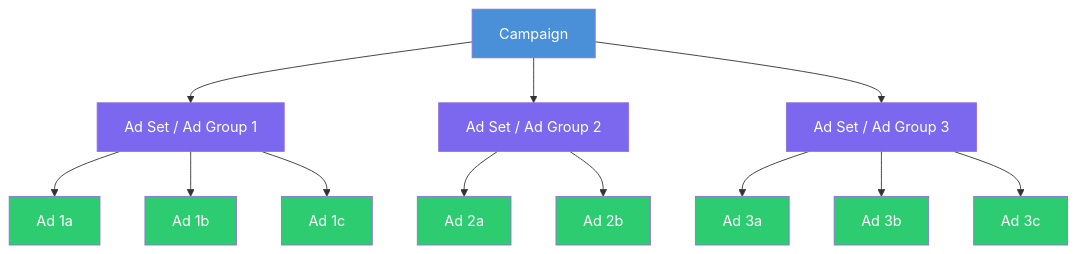
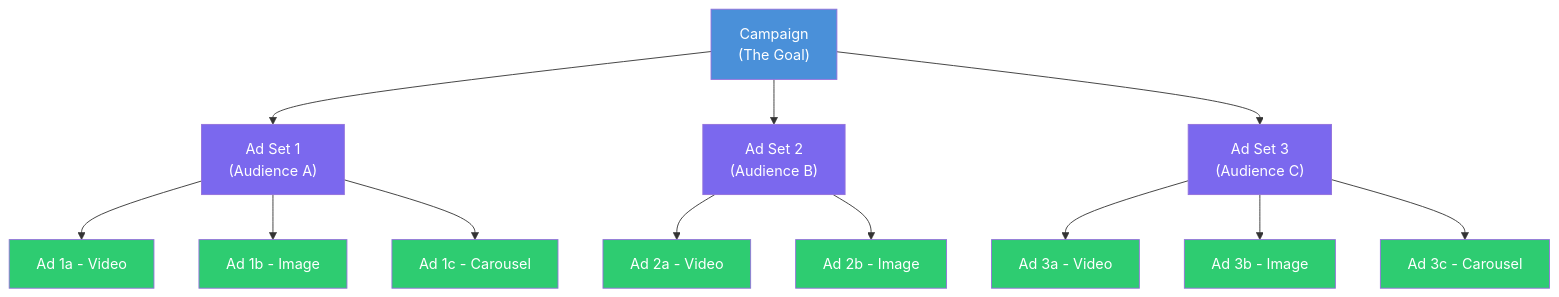
Before and after one commit to saanghyuk/ship-your-ads: the first of 2 diagrams in concepts/campaign-structure.mdx, drawn with Mermaid. The commit also changed other lines of this file and 47 other files, not shown here.

````diff
--- a/concepts/campaign-structure.mdx
+++ b/concepts/campaign-structure.mdx
@@ -26,27 +40,27 @@
 ```mermaid
 graph TD
-    C[Campaign] --> AS1[Ad Set / Ad Group 1]
-    C --> AS2[Ad Set / Ad Group 2]
-    C --> AS3[Ad Set / Ad Group 3]
-    AS1 --> A1[Ad 1a]
-    AS1 --> A2[Ad 1b]
-    AS1 --> A3[Ad 1c]
-    AS2 --> A4[Ad 2a]
-    AS2 --> A5[Ad 2b]
-    AS3 --> A6[Ad 3a]
-    AS3 --> A7[Ad 3b]
-    AS3 --> A8[Ad 3c]
+    C["Campaign<br/>(The Goal)"] --> AS1["Ad Set 1<br/>(Audience A)"]
+    C --> AS2["Ad Set 2<br/>(Audience B)"]
+    C --> AS3["Ad Set 3<br/>(Audience C)"]
+    AS1 --> A1[Ad 1a - Video]
+    AS1 --> A2[Ad 1b - Image]
+    AS1 --> A3[Ad 1c - Carousel]
+    AS2 --> A4[Ad 2a - Video]
+    AS2 --> A5[Ad 2b - Image]
+    AS3 --> A6[Ad 3a - Video]
+    AS3 --> A7[Ad 3b - Image]
+    AS3 --> A8[Ad 3c - Carousel]
 
     style C fill:#4A90D9,color:#fff
     style AS1 fill:#7B68EE,color:#fff
     style AS2 fill:#7B68EE,color:#fff
     style AS3 fill:#7B68EE,color:#fff
     style A1 fill:#2ECC71,color:#fff
     style A2 fill:#2ECC71,color:#fff
     style A3 fill:#2ECC71,color:#fff
     style A4 fill:#2ECC71,color:#fff
     style A5 fill:#2ECC71,color:#fff
     style A6 fill:#2ECC71,color:#fff
     style A7 fill:#2ECC71,color:#fff
     style A8 fill:#2ECC71,color:#fff
 ```
````
